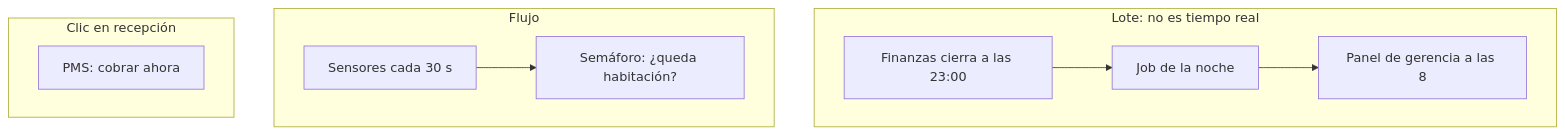
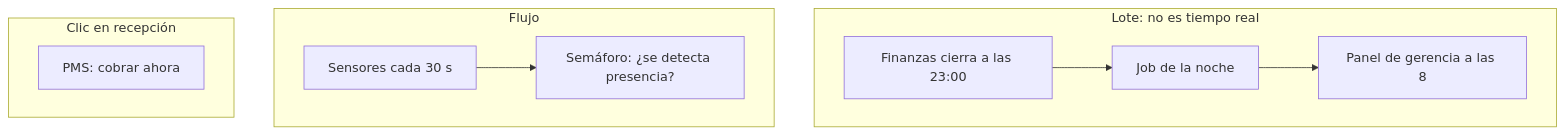
One commit to iesataulfoargentasor/bda_2026_2027 changed the second of 2 diagrams in docs/ut1/procesamiento.md. Above: the diagram before and after it, drawn with Mermaid. The commit also changed other lines of this file and 23 other files, not shown here.

````diff
--- a/docs/ut1/procesamiento.md
+++ b/docs/ut1/procesamiento.md
@@ -111,17 +128,17 @@
 ```mermaid
 flowchart TB
   subgraph lote [Lote: no es tiempo real]
     F[Finanzas cierra a las 23:00]
     N[Job de la noche]
     P8[Panel de gerencia a las 8]
     F --> N --> P8
   end
   subgraph flujo [Flujo]
     SEN[Sensores cada 30 s]
-    SEM[Semáforo: ¿queda habitación?]
+    SEM[Semáforo: ¿se detecta presencia?]
     SEN --> SEM
   end
   subgraph clic [Clic en recepción]
     PMS[PMS: cobrar ahora]
   end
 ```
````
